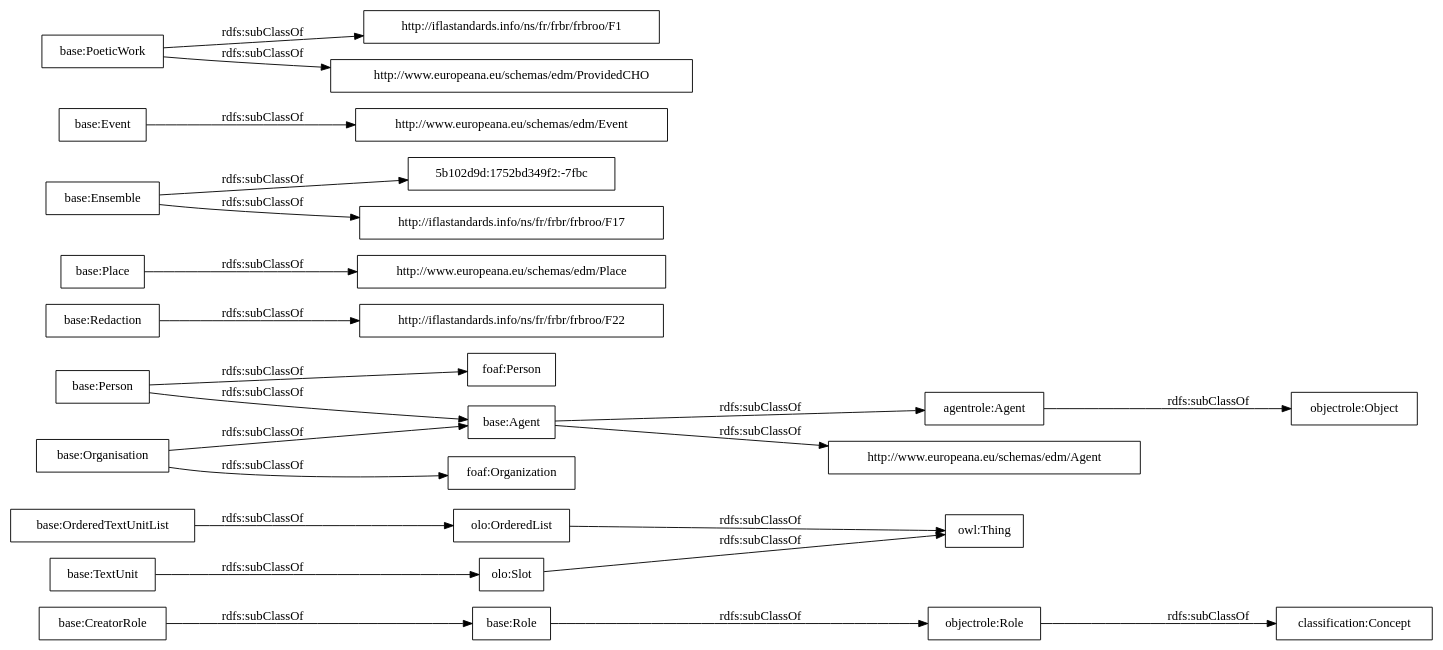
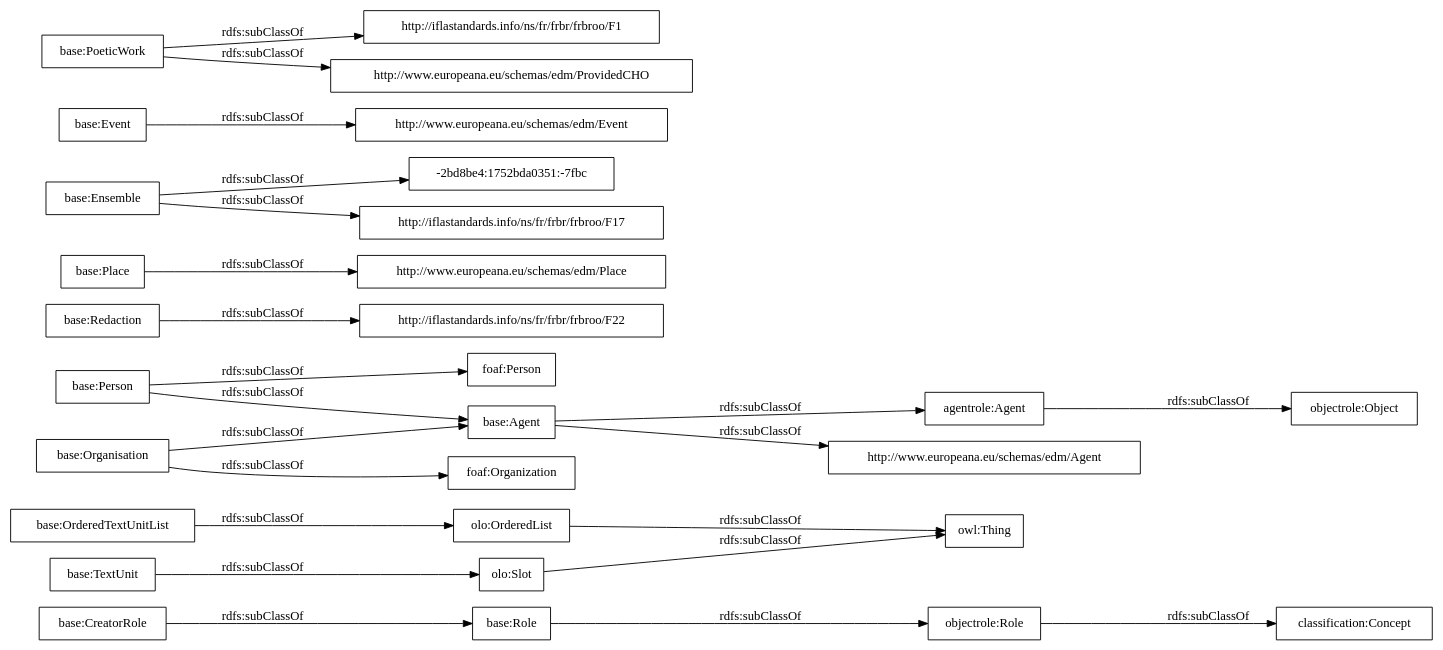
Before and after one commit to OnToologyUser/core-ontology-1: the diagram in OnToology/postdata-core.owl/diagrams/ar2dtool-taxonomy/postdata-core.owl.png.dot, drawn with Graphviz. The commit also changed 14 other files, not shown here.

```diff
--- a/OnToology/postdata-core.owl/diagrams/ar2dtool-taxonomy/postdata-core.owl.png.dot
+++ b/OnToology/postdata-core.owl/diagrams/ar2dtool-taxonomy/postdata-core.owl.png.dot
@@ -1,27 +1,27 @@
 digraph ar2dtool_diagram { 
 rankdir=LR;
 size="1000"
-node [shape = rectangle, color="black"]; "base:Role" "base:OrderedTextUnitList" "agentrole:Agent" "http://iflastandards.info/ns/fr/frbr/frbroo/F22" "http://www.europeana.eu/schemas/edm/Agent" "base:Agent" "base:CreatorRole" "base:Person" "base:Organisation" "http://www.europeana.eu/schemas/edm/Place" "base:Redaction" "base:Ensemble" "foaf:Person" "5b102d9d:1752bd349f2:-7fbc" "http://www.europeana.eu/schemas/edm/Event" "base:TextUnit" "http://iflastandards.info/ns/fr/frbr/frbroo/F1" "foaf:Organization" "http://www.europeana.eu/schemas/edm/ProvidedCHO" "base:Place" "base:Event" "base:PoeticWork" "http://iflastandards.info/ns/fr/frbr/frbroo/F17" "owl:Thing" "objectrole:Role" "objectrole:Object" "olo:Slot" "olo:OrderedList" "classification:Concept" ; /*classes style*/
+node [shape = rectangle, color="black"]; "base:Role" "base:OrderedTextUnitList" "agentrole:Agent" "http://iflastandards.info/ns/fr/frbr/frbroo/F22" "http://www.europeana.eu/schemas/edm/Agent" "base:Agent" "base:CreatorRole" "base:Person" "base:Organisation" "http://www.europeana.eu/schemas/edm/Place" "base:Redaction" "base:Ensemble" "foaf:Person" "http://www.europeana.eu/schemas/edm/Event" "base:TextUnit" "http://iflastandards.info/ns/fr/frbr/frbroo/F1" "foaf:Organization" "http://www.europeana.eu/schemas/edm/ProvidedCHO" "base:Place" "base:Event" "base:PoeticWork" "-2bd8be4:1752bda0351:-7fbc" "http://iflastandards.info/ns/fr/frbr/frbroo/F17" "owl:Thing" "objectrole:Role" "objectrole:Object" "olo:Slot" "olo:OrderedList" "classification:Concept" ; /*classes style*/
 	"base:Redaction" -> "http://iflastandards.info/ns/fr/frbr/frbroo/F22" [ label = "rdfs:subClassOf" ];
 	"base:Role" -> "objectrole:Role" [ label = "rdfs:subClassOf" ];
 	"base:Event" -> "http://www.europeana.eu/schemas/edm/Event" [ label = "rdfs:subClassOf" ];
 	"base:Person" -> "foaf:Person" [ label = "rdfs:subClassOf" ];
 	"base:Person" -> "base:Agent" [ label = "rdfs:subClassOf" ];
 	"olo:OrderedList" -> "owl:Thing" [ label = "rdfs:subClassOf" ];
 	"olo:Slot" -> "owl:Thing" [ label = "rdfs:subClassOf" ];
 	"base:PoeticWork" -> "http://www.europeana.eu/schemas/edm/ProvidedCHO" [ label = "rdfs:subClassOf" ];
 	"base:PoeticWork" -> "http://iflastandards.info/ns/fr/frbr/frbroo/F1" [ label = "rdfs:subClassOf" ];
 	"base:TextUnit" -> "olo:Slot" [ label = "rdfs:subClassOf" ];
 	"agentrole:Agent" -> "objectrole:Object" [ label = "rdfs:subClassOf" ];
-	"base:Ensemble" -> "5b102d9d:1752bd349f2:-7fbc" [ label = "rdfs:subClassOf" ];
 	"base:Ensemble" -> "http://iflastandards.info/ns/fr/frbr/frbroo/F17" [ label = "rdfs:subClassOf" ];
+	"base:Ensemble" -> "-2bd8be4:1752bda0351:-7fbc" [ label = "rdfs:subClassOf" ];
 	"base:OrderedTextUnitList" -> "olo:OrderedList" [ label = "rdfs:subClassOf" ];
 	"base:Agent" -> "agentrole:Agent" [ label = "rdfs:subClassOf" ];
 	"base:Agent" -> "http://www.europeana.eu/schemas/edm/Agent" [ label = "rdfs:subClassOf" ];
 	"objectrole:Role" -> "classification:Concept" [ label = "rdfs:subClassOf" ];
 	"base:Place" -> "http://www.europeana.eu/schemas/edm/Place" [ label = "rdfs:subClassOf" ];
 	"base:Organisation" -> "foaf:Organization" [ label = "rdfs:subClassOf" ];
 	"base:Organisation" -> "base:Agent" [ label = "rdfs:subClassOf" ];
 	"base:CreatorRole" -> "base:Role" [ label = "rdfs:subClassOf" ];
 
 }
```
